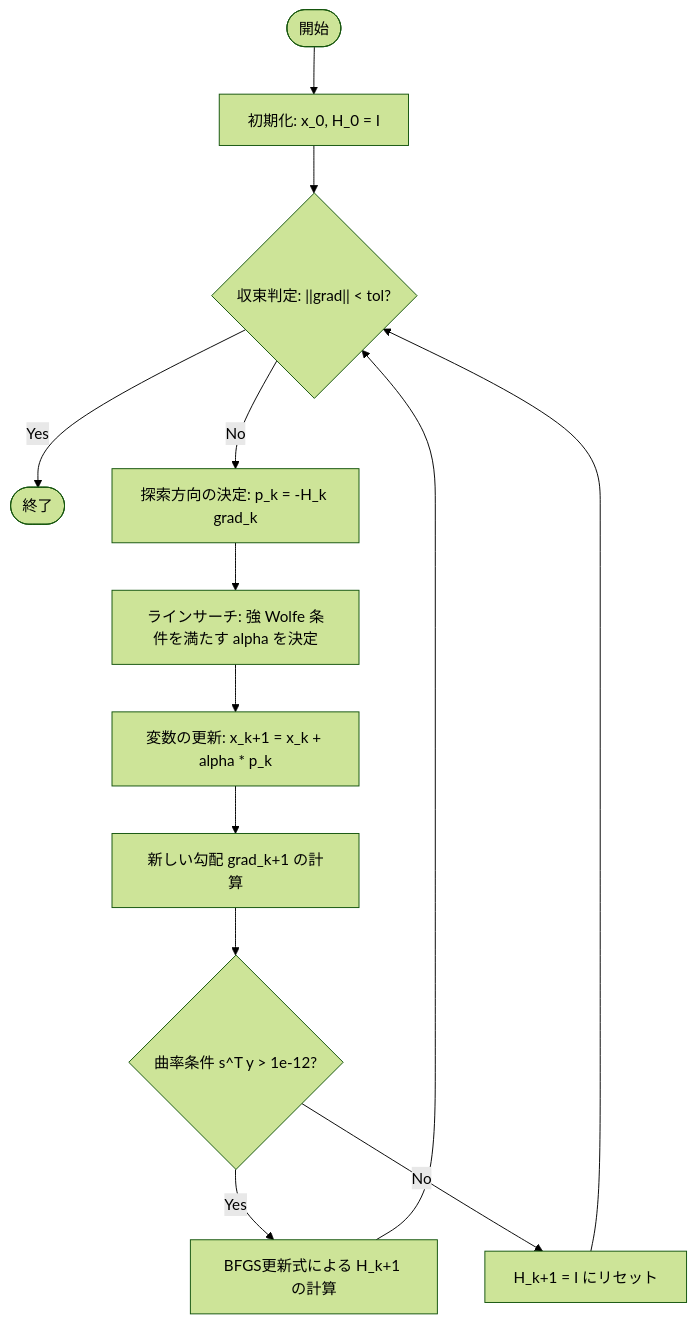
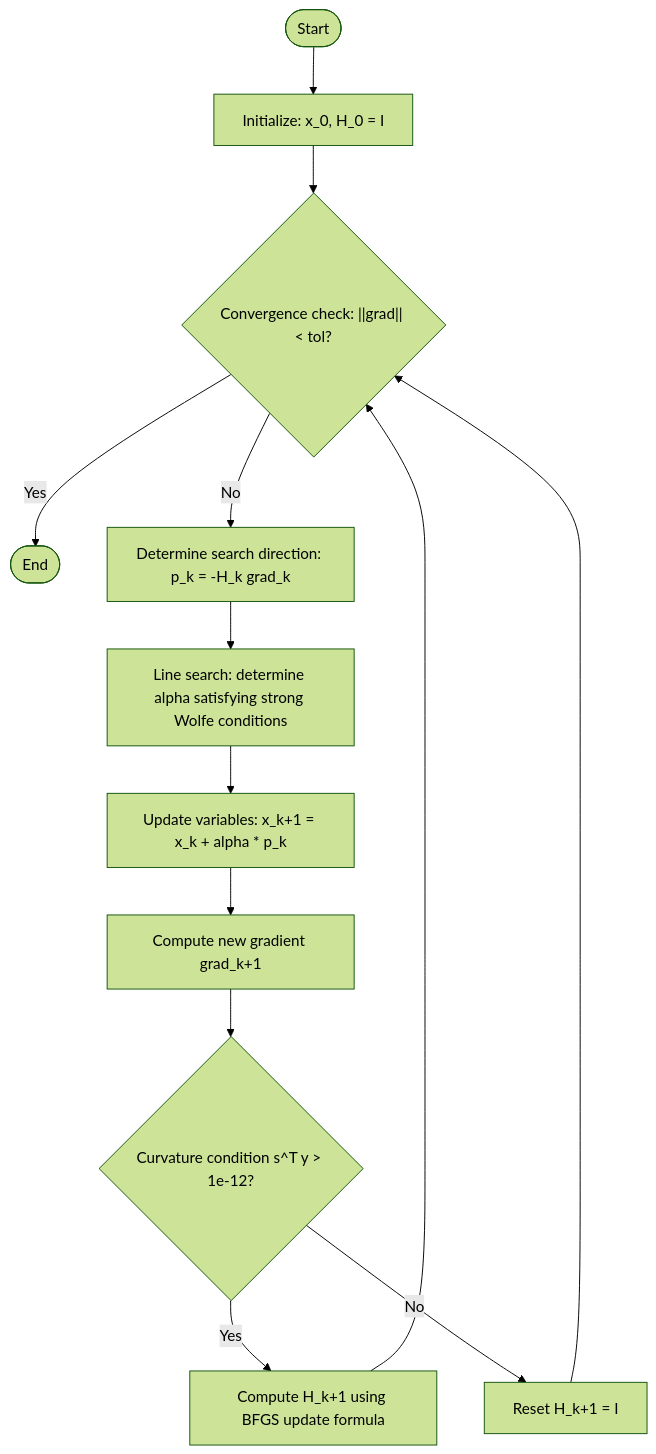
Before and after one commit to takuto-NA/quasi-newton-methods: the diagram in docs/theory/bfgs.md, drawn with Mermaid (forest theme). The commit also changed other lines of this file and 12 other files, not shown here.

````diff
--- a/docs/theory/bfgs.md
+++ b/docs/theory/bfgs.md
@@ -37,15 +39,15 @@
 ```mermaid
 flowchart TD
-    Start(["開始"]) --> Init["初期化: x_0, H_0 = I"]
-    Init --> Loop{"収束判定: ||grad|| < tol?"}
-    Loop -- Yes --> End(["終了"])
-    Loop -- No --> SearchDir["探索方向の決定: p_k = -H_k grad_k"]
-    SearchDir --> LineSearch["ラインサーチ: 強 Wolfe 条件を満たす alpha を決定"]
-    LineSearch --> UpdateX["変数の更新: x_k+1 = x_k + alpha * p_k"]
-    UpdateX --> CalcGrad["新しい勾配 grad_k+1 の計算"]
-    CalcGrad --> CheckCurvature{"曲率条件 s^T y > 1e-12?"}
-    CheckCurvature -- Yes --> UpdateH["BFGS更新式による H_k+1 の計算"]
-    CheckCurvature -- No --> ResetH["H_k+1 = I にリセット"]
+    Start(["Start"]) --> Init["Initialize: x_0, H_0 = I"]
+    Init --> Loop{"Convergence check: ||grad|| < tol?"}
+    Loop -- Yes --> End(["End"])
+    Loop -- No --> SearchDir["Determine search direction: p_k = -H_k grad_k"]
+    SearchDir --> LineSearch["Line search: determine alpha satisfying strong Wolfe conditions"]
+    LineSearch --> UpdateX["Update variables: x_k+1 = x_k + alpha * p_k"]
+    UpdateX --> CalcGrad["Compute new gradient grad_k+1"]
+    CalcGrad --> CheckCurvature{"Curvature condition s^T y > 1e-12?"}
+    CheckCurvature -- Yes --> UpdateH["Compute H_k+1 using BFGS update formula"]
+    CheckCurvature -- No --> ResetH["Reset H_k+1 = I"]
     UpdateH --> Loop
     ResetH --> Loop
 ```
````
